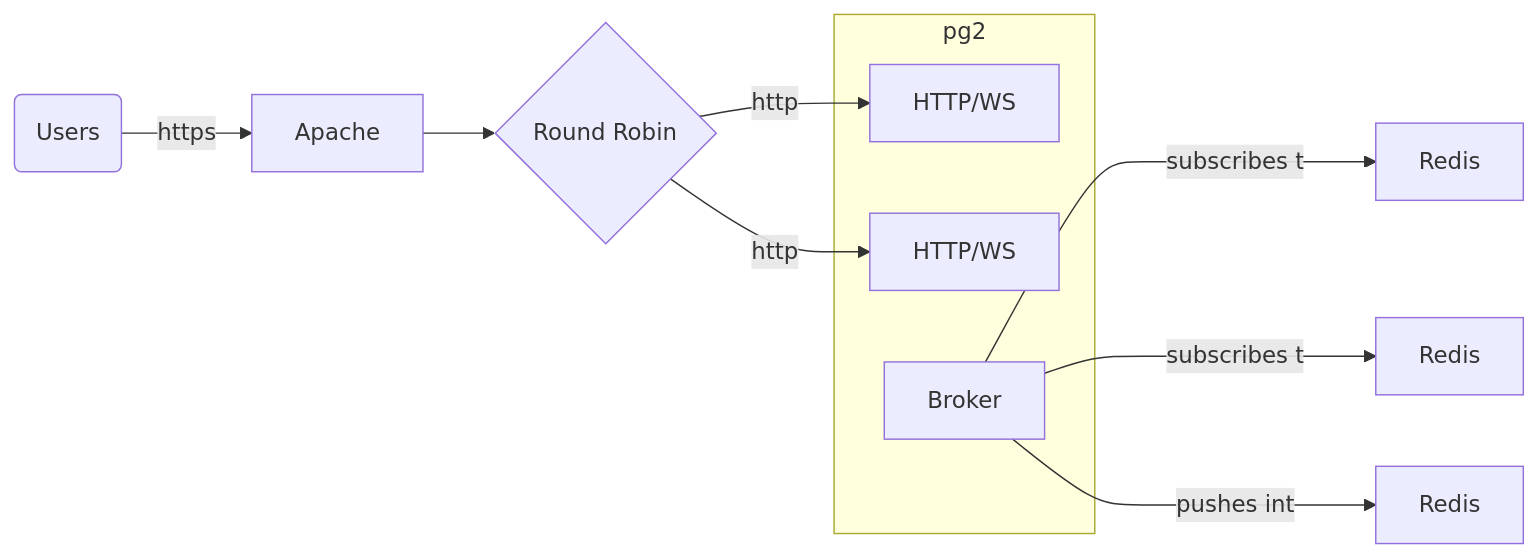
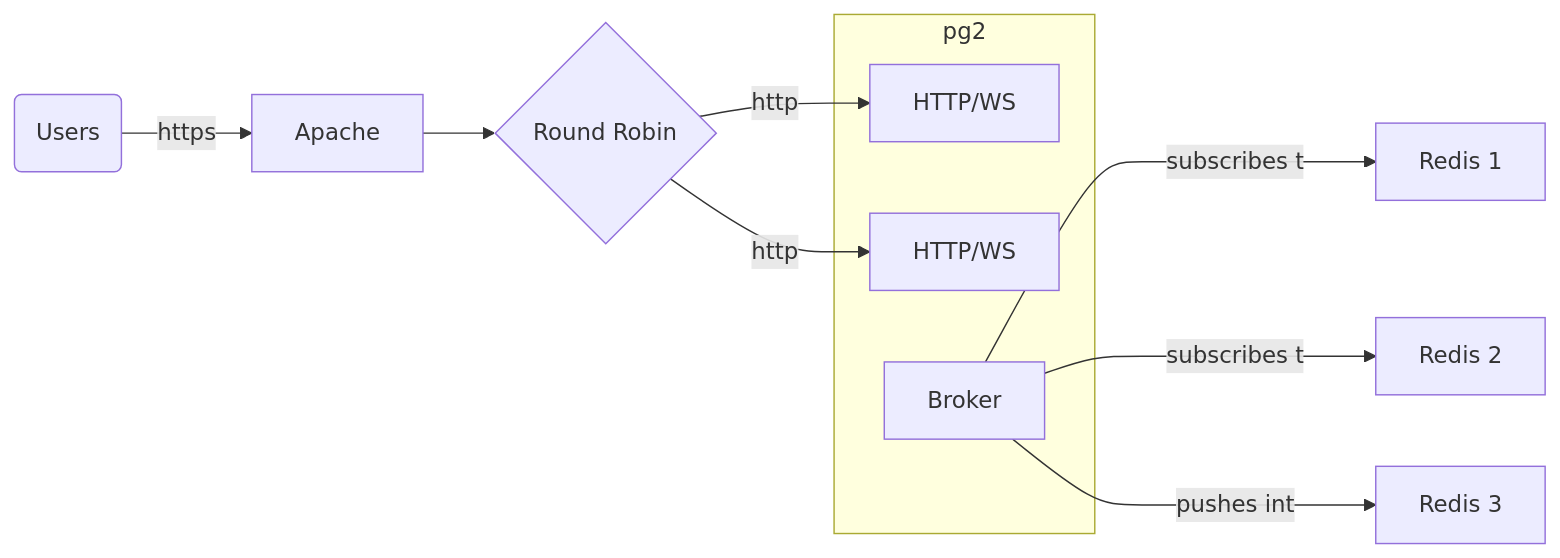
Before and after one commit to flowintel/cocktailparty: the diagram in README.md, drawn with Mermaid.

Commit message:
chg: [doc]

````diff
--- a/README.md
+++ b/README.md
@@ -68,25 +68,25 @@
 ```mermaid
 flowchart LR
     A[Apache]
     C{Round Robin}
     A --> C
-    R[Redis]
-    S[Redis]
-    T[Redis]
+    R[Redis 1]
+    S[Redis 2]
+    T[Redis 3]
     
     U(Users)
     U--https-->A
     
     subgraph pg2
         E[HTTP/WS]
         F[HTTP/WS]
         B[Broker]
     end
     
     B --subscribes to-->R
     B --subscribes to-->S
     B --pushes into-->T
     
     C --http--> E
     C --http--> F
 ```
````
